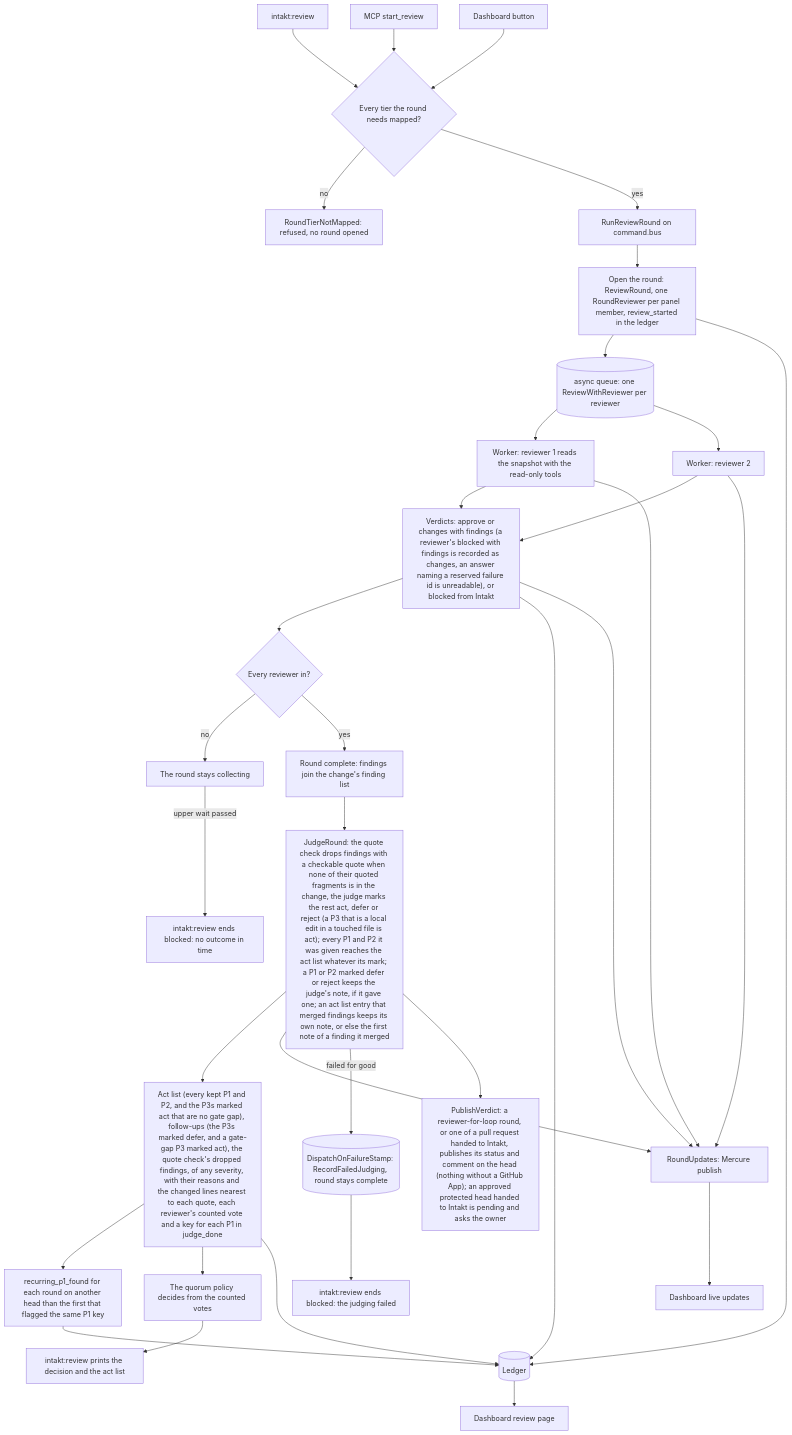
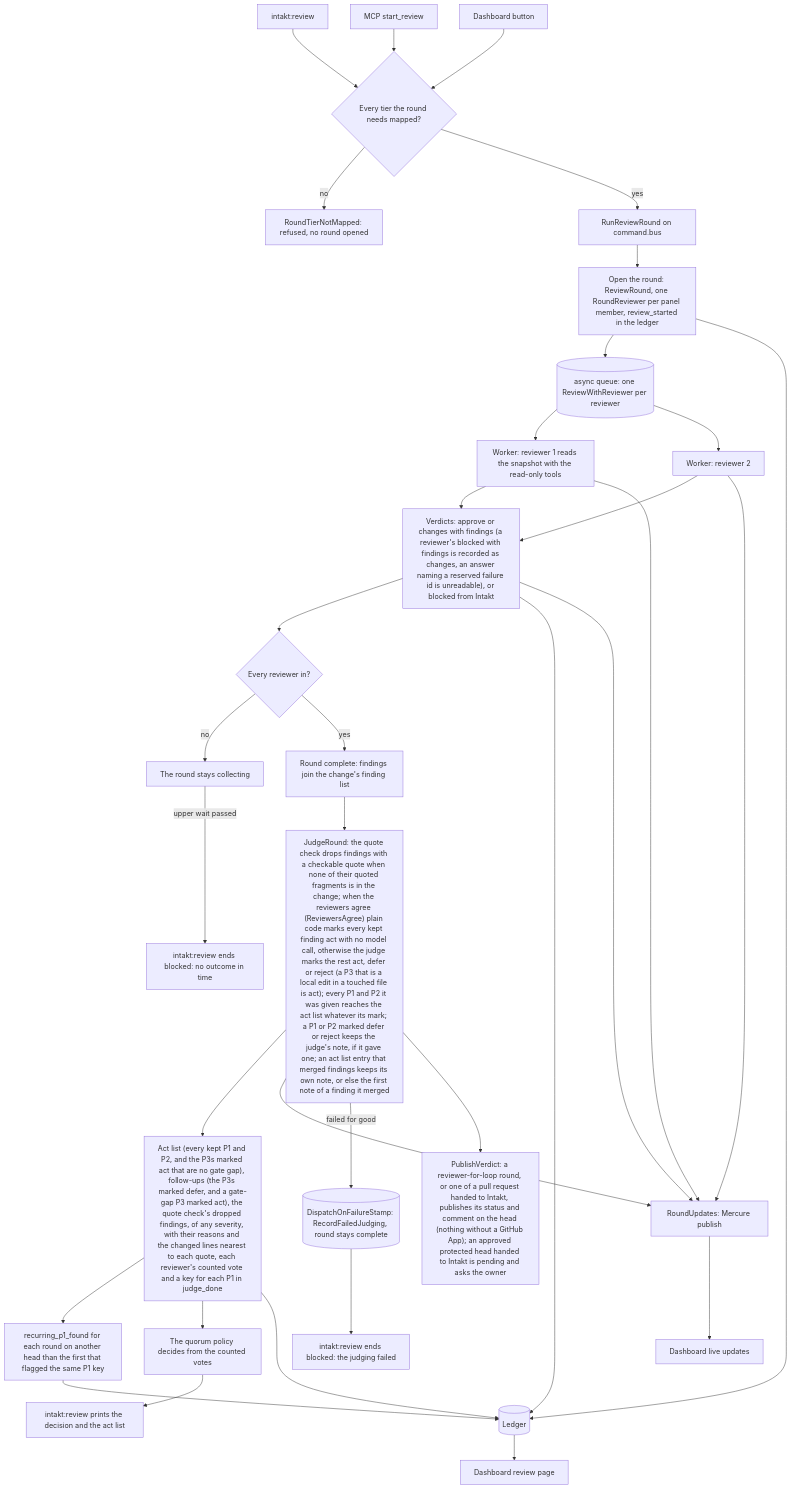
One commit to shinyredapples/intakt changed the diagram in docs/architecture/review-flow.md. Above: the diagram before and after it, drawn with Mermaid. The commit also changed other lines of this file and 4 other files, not shown here.

Commit message:
docs(review): describe the plain-code verdict step and its recorded path

````diff
--- a/docs/architecture/review-flow.md
+++ b/docs/architecture/review-flow.md
@@ -19,35 +19,35 @@
 ```mermaid
 flowchart TD
     cli["intakt:review"] --> start
     mcp["MCP start_review"] --> start
     btn["Dashboard button"] --> start
     start{"Every tier the round needs mapped?"} -->|no| refused["RoundTierNotMapped: refused, no round opened"]
     start -->|yes| run["RunReviewRound on command.bus"] --> open["Open the round: ReviewRound, one RoundReviewer per panel member, review_started in the ledger"]
     open --> queue[("async queue: one ReviewWithReviewer per reviewer")]
     queue --> w1["Worker: reviewer 1 reads the snapshot with the read-only tools"]
     queue --> w2["Worker: reviewer 2"]
     w1 --> verdicts["Verdicts: approve or changes with findings (a reviewer's blocked with findings is recorded as changes, an answer naming a reserved failure id is unreadable), or blocked from Intakt"]
     w2 --> verdicts
     verdicts --> complete{"Every reviewer in?"}
     complete -->|no| wait["The round stays collecting"]
     complete -->|yes| collected["Round complete: findings join the change's finding list"]
-    collected --> judge["JudgeRound: the quote check drops findings with a checkable quote when none of their quoted fragments is in the change, the judge marks the rest act, defer or reject (a P3 that is a local edit in a touched file is act); every P1 and P2 it was given reaches the act list whatever its mark; a P1 or P2 marked defer or reject keeps the judge's note, if it gave one; an act list entry that merged findings keeps its own note, or else the first note of a finding it merged"]
+    collected --> judge["JudgeRound: the quote check drops findings with a checkable quote when none of their quoted fragments is in the change; when the reviewers agree (ReviewersAgree) plain code marks every kept finding act with no model call, otherwise the judge marks the rest act, defer or reject (a P3 that is a local edit in a touched file is act); every P1 and P2 it was given reaches the act list whatever its mark; a P1 or P2 marked defer or reject keeps the judge's note, if it gave one; an act list entry that merged findings keeps its own note, or else the first note of a finding it merged"]
     judge --> act["Act list (every kept P1 and P2, and the P3s marked act that are no gate gap), follow-ups (the P3s marked defer, and a gate-gap P3 marked act), the quote check's dropped findings, of any severity, with their reasons and the changed lines nearest to each quote, each reviewer's counted vote and a key for each P1 in judge_done"]
     act --> recurring["recurring_p1_found for each round on another head than the first that flagged the same P1 key"]
     recurring --> ledger
     act --> quorum["The quorum policy decides from the counted votes"]
     act --> ledger[("Ledger")]
     open --> ledger
     verdicts --> ledger
     ledger --> dash["Dashboard review page"]
     w1 --> updates["RoundUpdates: Mercure publish"]
     w2 --> updates
     verdicts --> updates
     judge --> updates
     updates --> live["Dashboard live updates"]
     quorum --> out["intakt:review prints the decision and the act list"]
     judge -->|failed for good| failed[("DispatchOnFailureStamp: RecordFailedJudging, round stays complete")]
     failed --> outFailed["intakt:review ends blocked: the judging failed"]
     wait -->|upper wait passed| outLate["intakt:review ends blocked: no outcome in time"]
     judge --> publish["PublishVerdict: a reviewer-for-loop round, or one of a pull request handed to Intakt, publishes its status and comment on the head (nothing without a GitHub App); an approved protected head handed to Intakt is pending and asks the owner"]
 ```
````
